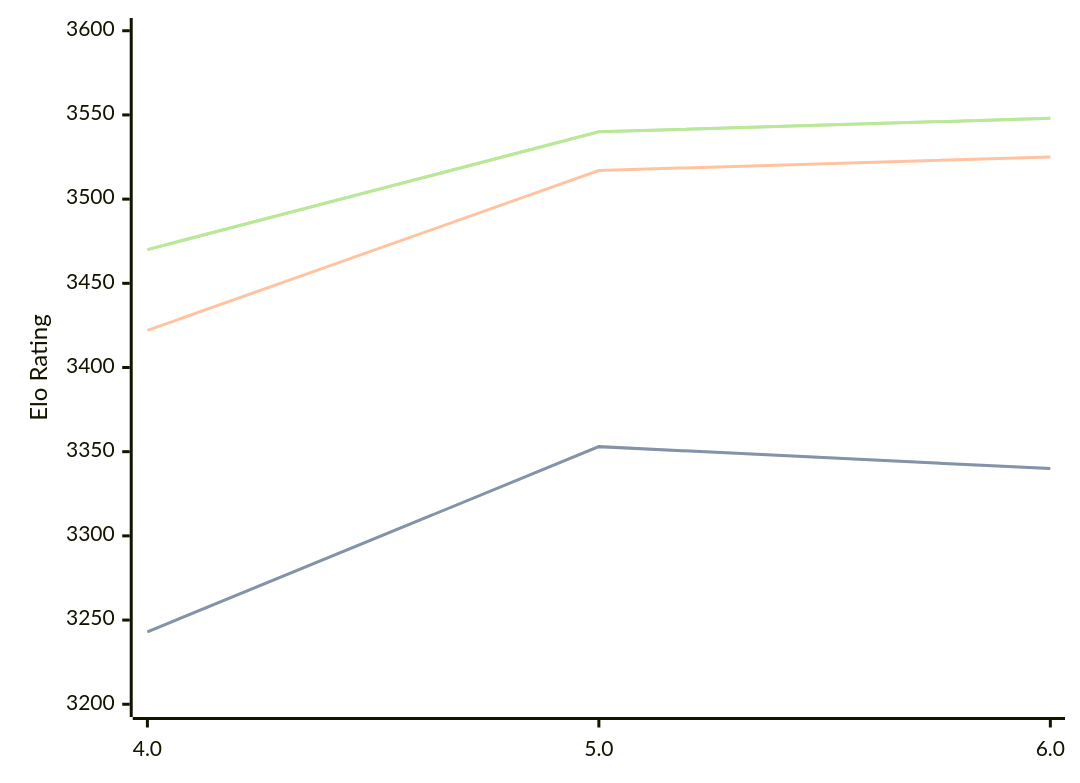
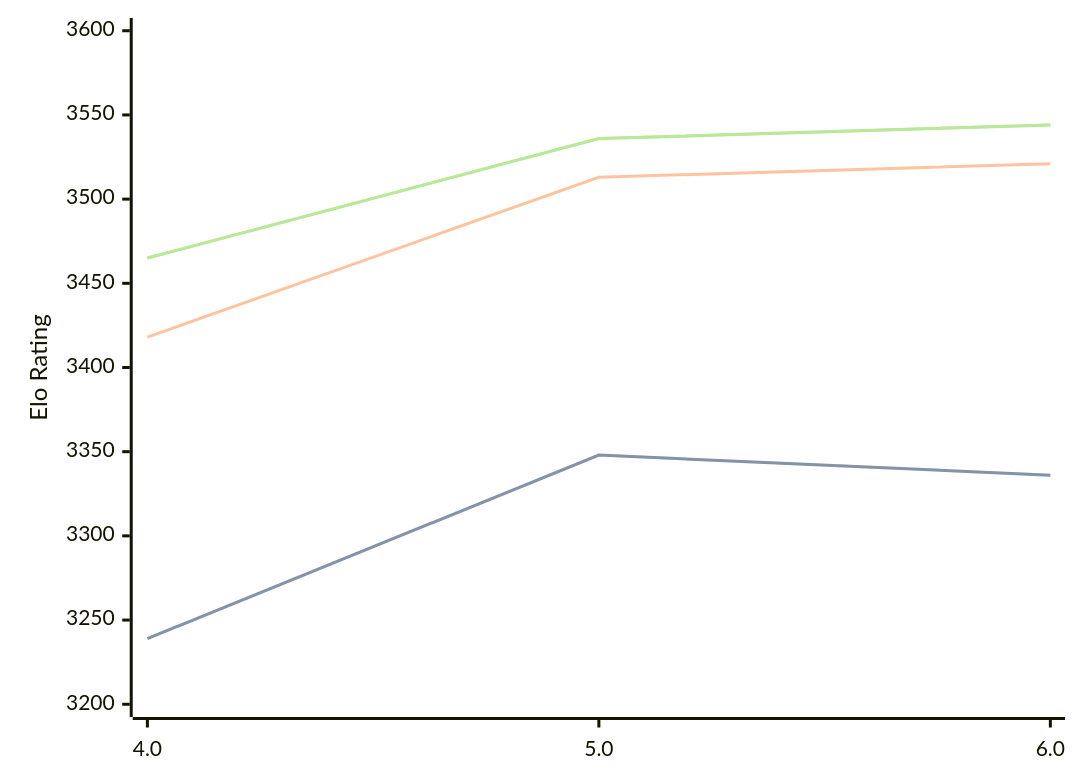
The third of 3 diagrams in engines/Tarnished.md (computer-chess-index/cci), drawn with Mermaid before and after one commit. The commit also changed other lines of this file, not shown here.

Commit message:
Update CCI Ratings (ELO VLTC) - 2026-07-16

````diff
--- a/engines/Tarnished.md
+++ b/engines/Tarnished.md
@@ -70,11 +70,11 @@
 ```mermaid
 %%{init: {"theme":"base","themeVariables":{"seriesColors:['#a3a3a3','#222221','#faa371']}}}%%
 xychart-beta
   x-axis ["4.0", "5.0", "6.0"]
   y-axis "Elo Rating" 3200 --> 3600
-  line "STC (8.0+0.08s)" [3243, 3353, 3340]
-  line "STC (8.0+0.08s)" [3243, 3353, 3340]
-  line "LTC (60.0+0.60s)" [3422, 3517, 3525]
-  line "VLTC (2m24s+1.12s)" [3470, 3540, 3548]
-  line "VLTC (2m24s+1.12s)" [3470, 3540, 3548]
+  line "STC (8.0+0.08s)" [3239, 3348, 3336]
+  line "STC (8.0+0.08s)" [3239, 3348, 3336]
+  line "LTC (60.0+0.60s)" [3418, 3513, 3521]
+  line "VLTC (2m24s+1.12s)" [3465, 3536, 3544]
+  line "VLTC (2m24s+1.12s)" [3465, 3536, 3544]
 ```
````
